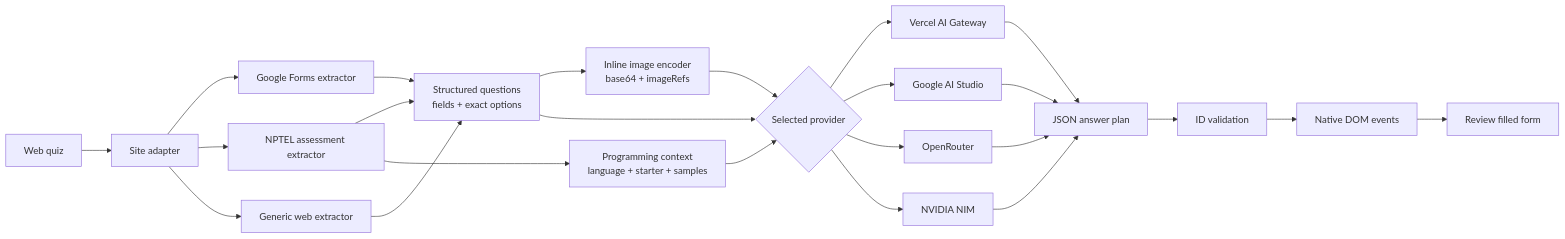
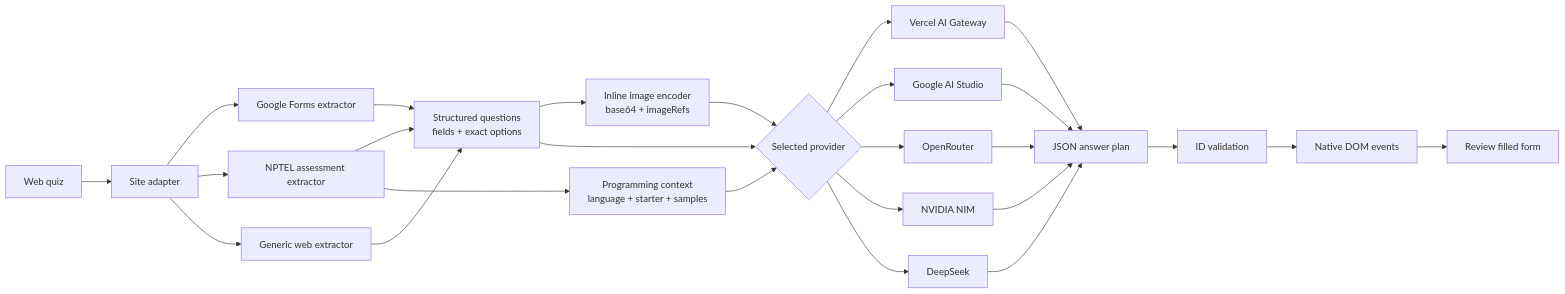
Before and after one commit to Kushalkhemka/ai-gateway-google-forms: the diagram in README.md, drawn with Mermaid. The commit also changed other lines of this file and 5 other files, not shown here.

Commit message:
feat: add DeepSeek vision provider

````diff
--- a/README.md
+++ b/README.md
@@ -60,26 +60,28 @@
 ```mermaid
 flowchart LR
     A[Web quiz] --> B[Site adapter]
     B --> C1[Google Forms extractor]
     B --> C2[NPTEL assessment extractor]
     B --> C3[Generic web extractor]
     C1 --> C[Structured questions<br/>fields + exact options]
     C2 --> C
     C3 --> C
     C2 --> K[Programming context<br/>language + starter + samples]
     C --> D[Inline image encoder<br/>base64 + imageRefs]
     C --> E{Selected provider}
     K --> E
     D --> E
     E --> F1[Vercel AI Gateway]
     E --> F2[Google AI Studio]
     E --> F3[OpenRouter]
     E --> F4[NVIDIA NIM]
+    E --> F5[DeepSeek]
     F1 --> G[JSON answer plan]
     F2 --> G
     F3 --> G
     F4 --> G
+    F5 --> G
     G --> H[ID validation]
     H --> I[Native DOM events]
     I --> J[Review filled form]
 ```
````
